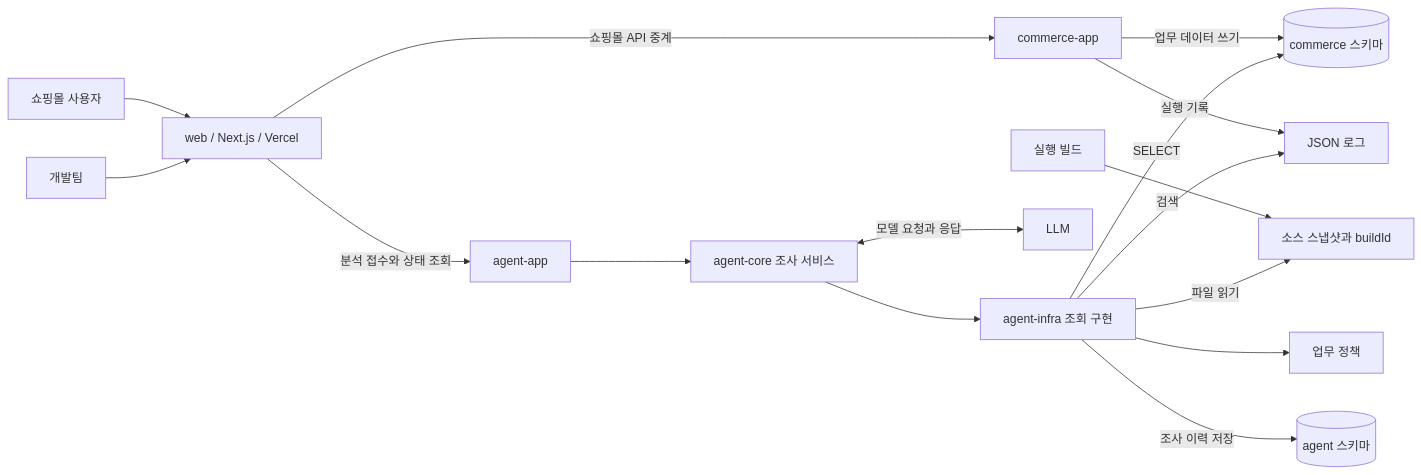
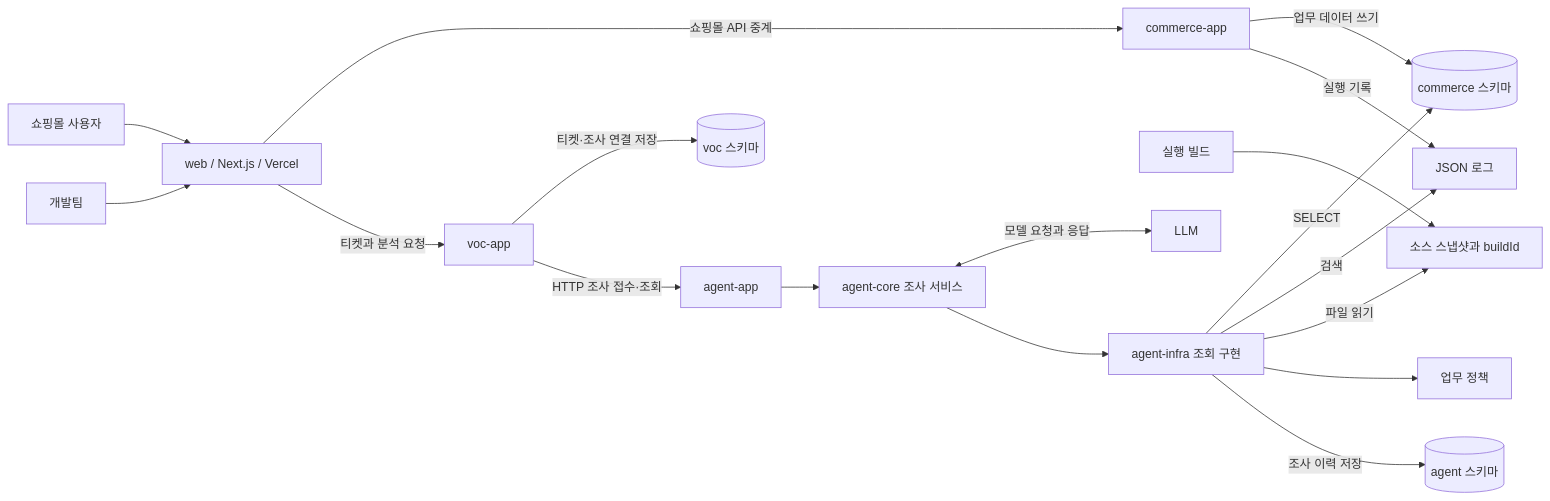
The second of 2 diagrams in docs/architecture.md (sanghyo-lab/jdd), drawn with Mermaid before and after one commit. The commit also changed other lines of this file and 11 other files, not shown here.

````diff
--- a/docs/architecture.md
+++ b/docs/architecture.md
@@ -79,19 +91,21 @@
 ```mermaid
 flowchart LR
     Shopper[쇼핑몰 사용자] --> Web[web / Next.js / Vercel]
     Web -->|쇼핑몰 API 중계| Commerce[commerce-app]
     Commerce -->|업무 데이터 쓰기| CDB[(commerce 스키마)]
     Commerce -->|실행 기록| Logs[JSON 로그]
     Build[실행 빌드] --> Sources[소스 스냅샷과 buildId]
 
     Developer[개발팀] --> Web
-    Web -->|분석 접수와 상태 조회| Agent[agent-app]
+    Web -->|티켓과 분석 요청| VOC[voc-app]
+    VOC -->|티켓·조사 연결 저장| VDB[(voc 스키마)]
+    VOC -->|HTTP 조사 접수·조회| Agent[agent-app]
     Agent --> Core[agent-core 조사 서비스]
     Core <-->|모델 요청과 응답| LLM[LLM]
     Core --> Adapters[agent-infra 조회 구현]
     Adapters -->|SELECT| CDB
     Adapters -->|검색| Logs
     Adapters -->|파일 읽기| Sources
     Adapters --> Policy[업무 정책]
     Adapters -->|조사 이력 저장| ADB[(agent 스키마)]
 ```
````
